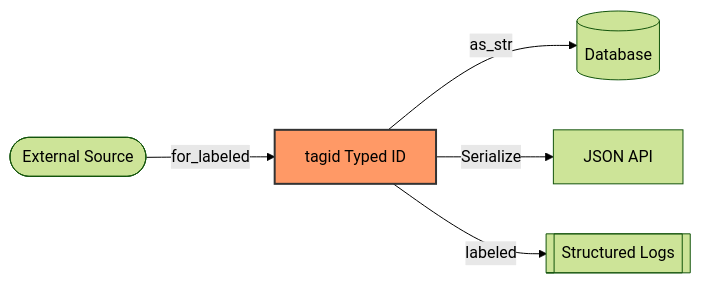
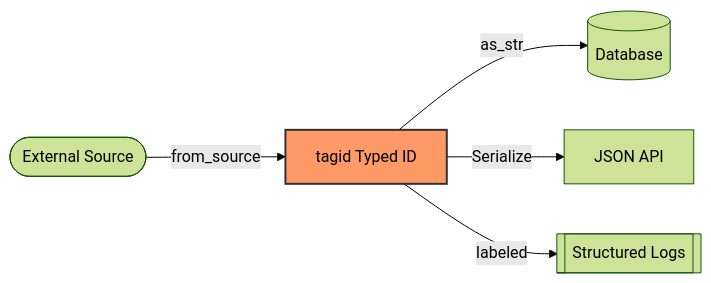
The second of 2 diagrams in README.md (dmrolfs/tagid-rs), drawn with Mermaid (forest theme) before and after one commit. The commit also changed other lines of this file and 18 other files, not shown here.

````diff
--- a/README.md
+++ b/README.md
@@ -105,9 +105,9 @@
 ```mermaid
 flowchart LR
-    In([External Source]) -->|for_labeled| ID[tagid Typed ID]
+    In([External Source]) -->|from_source| ID[tagid Typed ID]
     ID -->|as_str| DB[(Database)]
     ID -->|Serialize| JSON[JSON API]
     ID -->|labeled| Logs[[Structured Logs]]
     
     style ID fill:#f96,stroke:#333,stroke-width:2px
 ```
````
